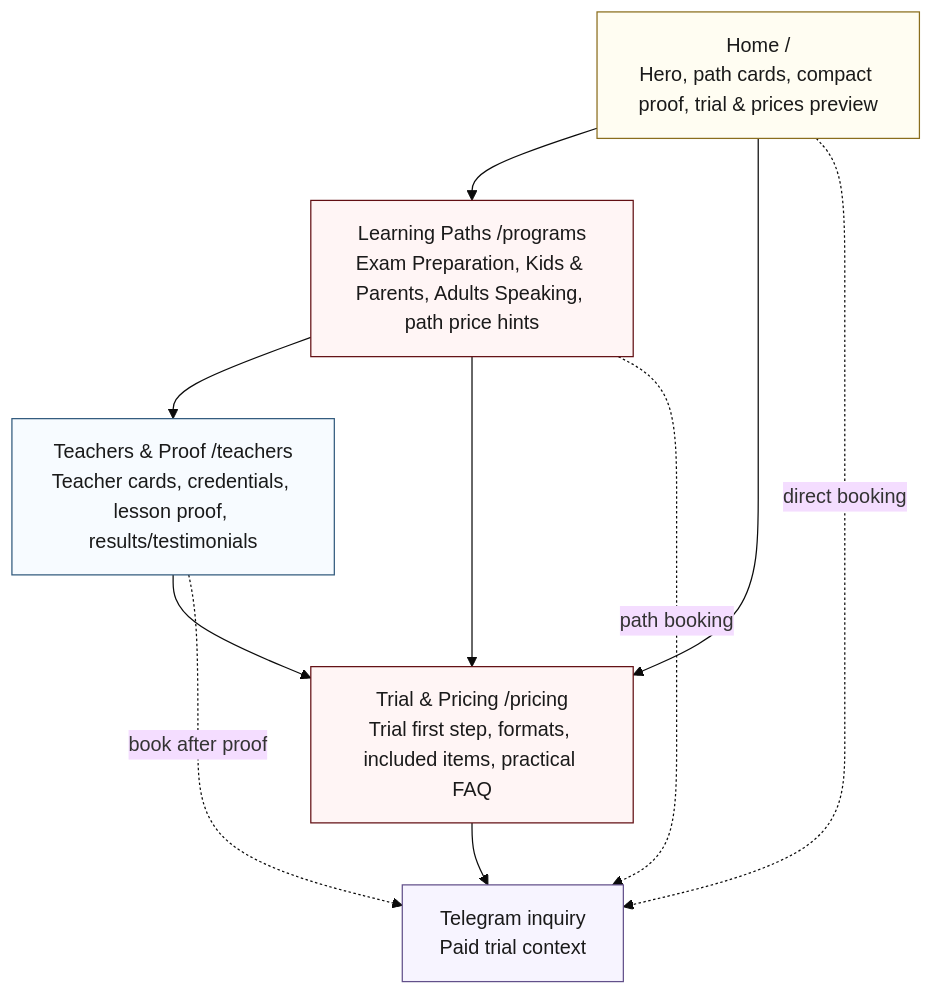
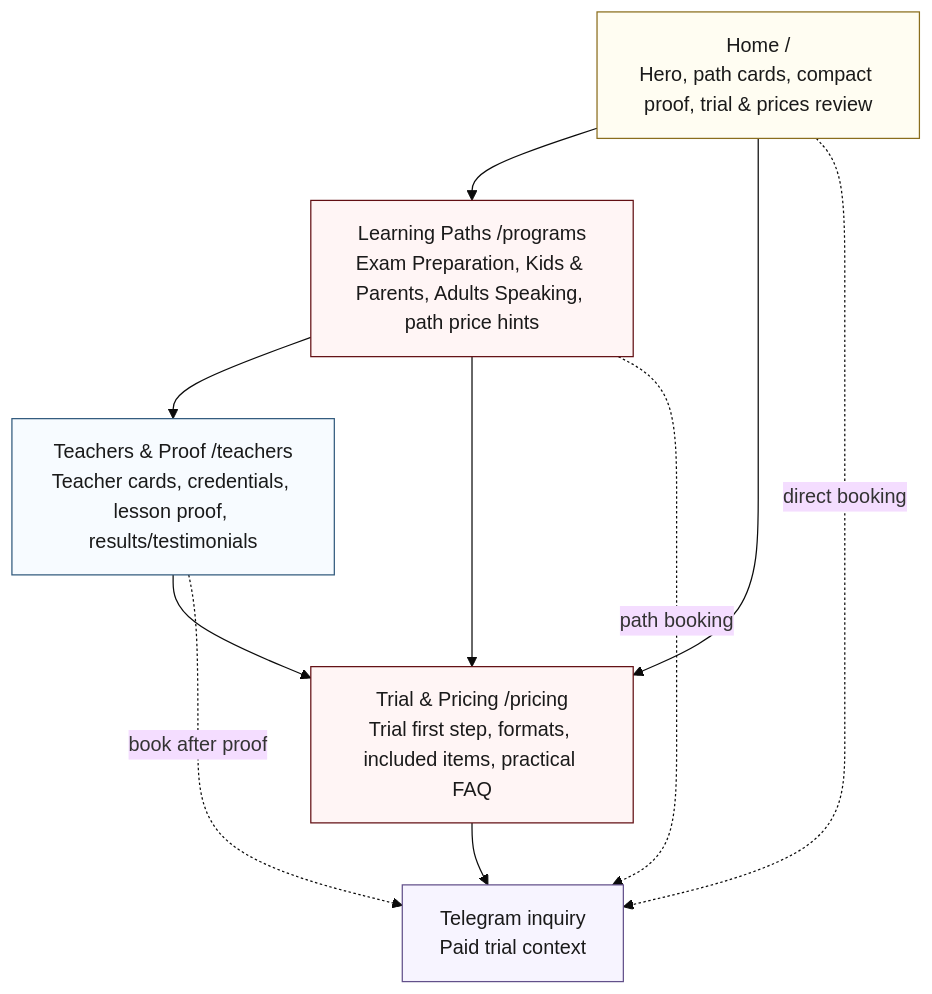
The diagram in _bmad-output/planning-artifacts/fluyo-school-landing-visual-schema.md (micklymchuk/fluyo-school), drawn with Mermaid (base theme) before and after one commit. The commit also changed other lines of this file and 72 other files, not shown here.

````diff
--- a/_bmad-output/planning-artifacts/fluyo-school-landing-visual-schema.md
+++ b/_bmad-output/planning-artifacts/fluyo-school-landing-visual-schema.md
@@ -9,31 +9,31 @@
 ```mermaid
 flowchart TD
-  HOME["Home /<br/>Hero, path cards, compact proof, trial & prices preview"]
+  HOME["Home /<br/>Hero, path cards, compact proof, trial & prices review"]
   PROGRAMS["Learning Paths /programs<br/>Exam Preparation, Kids & Parents, Adults Speaking, path price hints"]
   TEACHERS["Teachers & Proof /teachers<br/>Teacher cards, credentials, lesson proof, results/testimonials"]
   PRICING["Trial & Pricing /pricing<br/>Trial first step, formats, included items, practical FAQ"]
   TG["Telegram inquiry<br/>Paid trial context"]
 
   HOME --> PROGRAMS
   HOME --> PRICING
   HOME -. "direct booking" .-> TG
 
   PROGRAMS --> TEACHERS
   PROGRAMS --> PRICING
   PROGRAMS -. "path booking" .-> TG
 
   TEACHERS --> PRICING
   TEACHERS -. "book after proof" .-> TG
 
   PRICING --> TG
 
   classDef home fill:#fffdf2,stroke:#8a6d1d,color:#1a1a1a
   classDef paths fill:#fff5f5,stroke:#620f13,color:#1a1a1a
   classDef trust fill:#f7fbff,stroke:#315a7d,color:#1a1a1a
   classDef action fill:#f7f4ff,stroke:#62508a,color:#1a1a1a
 
   class HOME home
   class PROGRAMS,PRICING paths
   class TEACHERS trust
   class TG action
 ```
````
